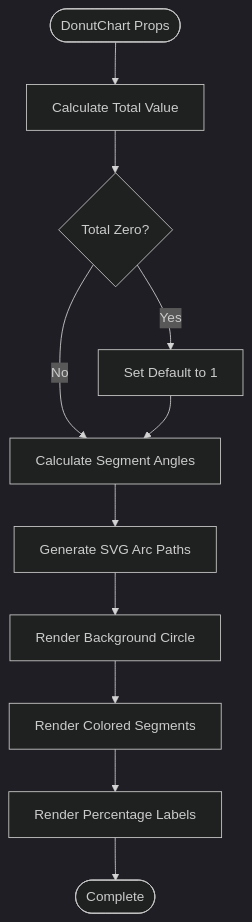
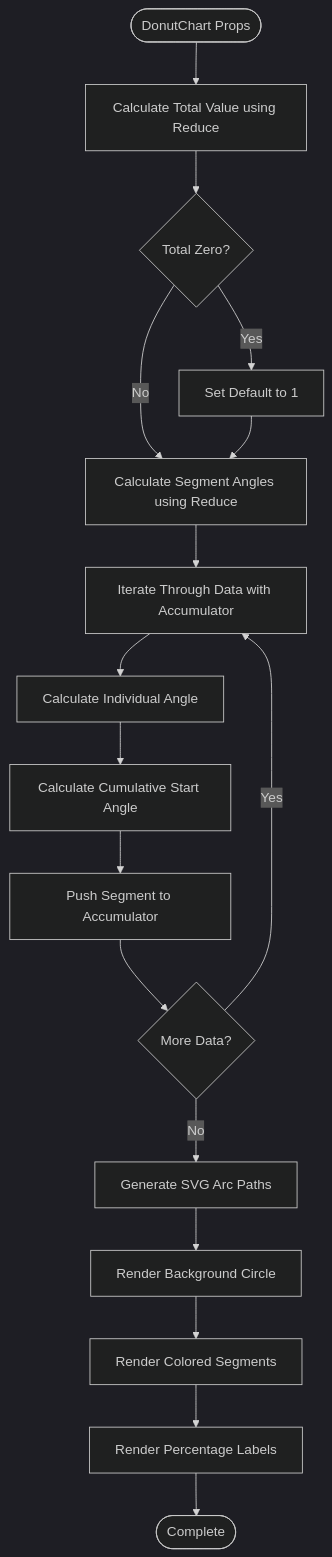
Before and after one commit to shekhargiri005-dotcom/AI-powered-accessibility-first-UI-engine: the fifth of 7 diagrams in .qoder/repowiki/en/content/UI Component System/Functional Chart Components.md, drawn with Mermaid (dark theme). The commit also changed other lines of this file and 7 other files, not shown here.

````diff
--- a/.qoder/repowiki/en/content/UI Component System/Functional Chart Components.md
+++ b/.qoder/repowiki/en/content/UI Component System/Functional Chart Components.md
@@ -239,13 +245,19 @@
 ```mermaid
 flowchart TD
-Start([DonutChart Props]) --> CalcTotal["Calculate Total Value"]
+Start([DonutChart Props]) --> CalcTotal["Calculate Total Value using Reduce"]
 CalcTotal --> CheckTotal{"Total Zero?"}
 CheckTotal --> |Yes| SetDefault["Set Default to 1"]
-CheckTotal --> |No| CalcSegments["Calculate Segment Angles"]
+CheckTotal --> |No| CalcSegments["Calculate Segment Angles using Reduce"]
 SetDefault --> CalcSegments
-CalcSegments --> GenerateArcs["Generate SVG Arc Paths"]
+CalcSegments --> IterateData["Iterate Through Data with Accumulator"]
+IterateData --> CalcAngle["Calculate Individual Angle"]
+CalcAngle --> CalcStartAngle["Calculate Cumulative Start Angle"]
+CalcStartAngle --> PushSegment["Push Segment to Accumulator"]
+PushSegment --> CheckMore{"More Data?"}
+CheckMore --> |Yes| IterateData
+CheckMore --> |No| GenerateArcs["Generate SVG Arc Paths"]
 GenerateArcs --> RenderCircle["Render Background Circle"]
 RenderCircle --> RenderSegments["Render Colored Segments"]
 RenderSegments --> RenderLabels["Render Percentage Labels"]
 RenderLabels --> End([Complete])
 ```
````
